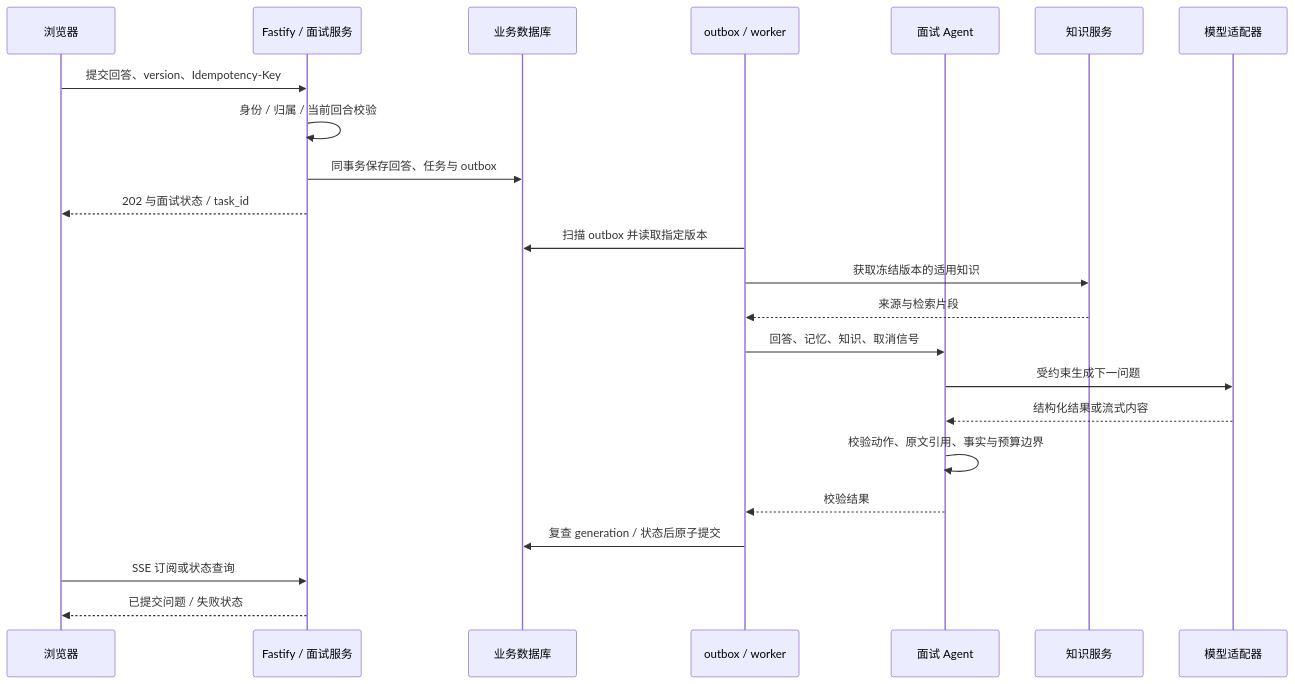
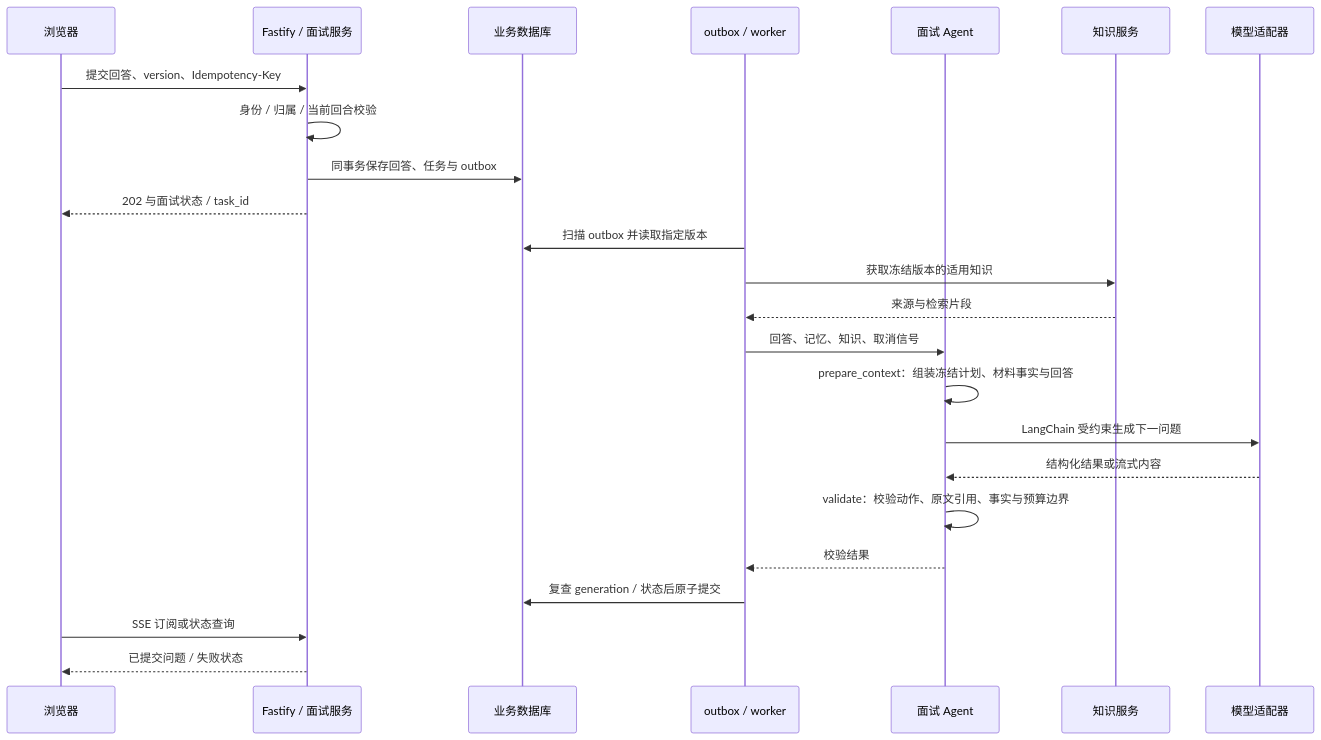
Before and after one commit to hcxlwxlwj/InterviewLab: the second of 3 diagrams in docs/software/architecture.md, drawn with Mermaid. The commit also changed other lines of this file and 189 other files, not shown here.

````diff
--- a/docs/software/architecture.md
+++ b/docs/software/architecture.md
@@ -183,25 +187,26 @@
 ```mermaid
 sequenceDiagram
     participant U as 浏览器
     participant API as Fastify / 面试服务
     participant D as 业务数据库
     participant W as outbox / worker
     participant AG as 面试 Agent
     participant K as 知识服务
     participant M as 模型适配器
     U->>API: 提交回答、version、Idempotency-Key
     API->>API: 身份 / 归属 / 当前回合校验
     API->>D: 同事务保存回答、任务与 outbox
     API-->>U: 202 与面试状态 / task_id
     W->>D: 扫描 outbox 并读取指定版本
     W->>K: 获取冻结版本的适用知识
     K-->>W: 来源与检索片段
     W->>AG: 回答、记忆、知识、取消信号
-    AG->>M: 受约束生成下一问题
+    AG->>AG: prepare_context：组装冻结计划、材料事实与回答
+    AG->>M: LangChain 受约束生成下一问题
     M-->>AG: 结构化结果或流式内容
-    AG->>AG: 校验动作、原文引用、事实与预算边界
+    AG->>AG: validate：校验动作、原文引用、事实与预算边界
     AG-->>W: 校验结果
     W->>D: 复查 generation / 状态后原子提交
     U->>API: SSE 订阅或状态查询
     API-->>U: 已提交问题 / 失败状态
 ```
````
